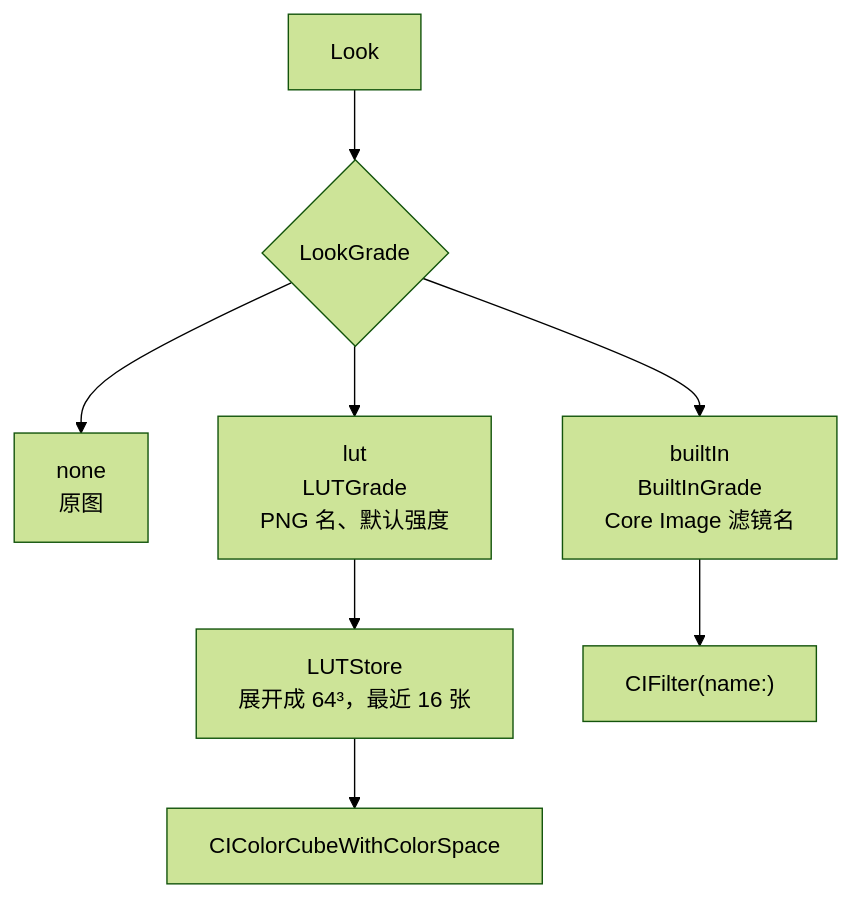
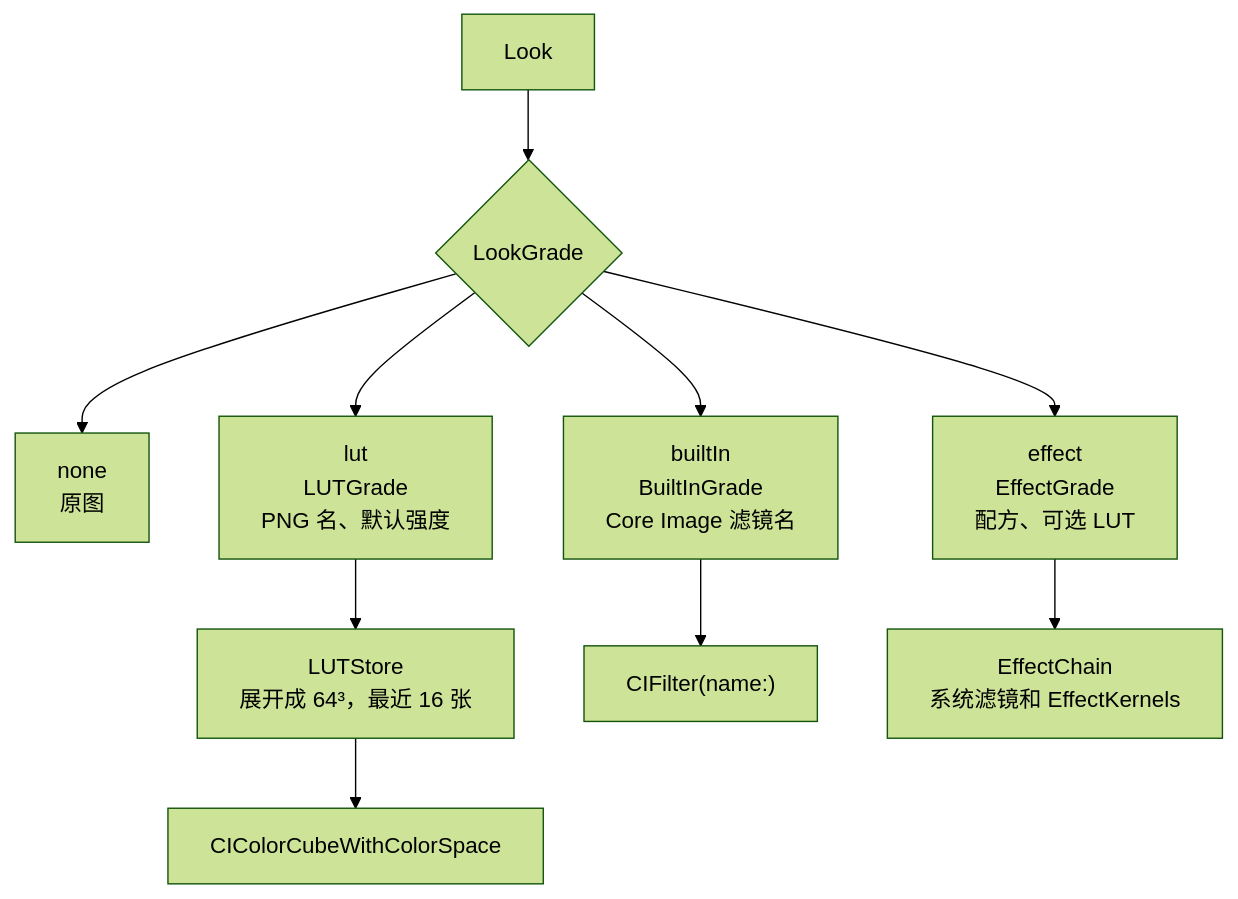
One commit to zhe-ma/angie-filter changed the fourth of 6 diagrams in design/architecture.md. Above: the diagram before and after it, drawn with Mermaid (forest theme). The commit also changed other lines of this file and 17 other files, not shown here.

````diff
--- a/design/architecture.md
+++ b/design/architecture.md
@@ -107,10 +107,12 @@
 ```mermaid
 flowchart TB
   look["Look"] --> grade{"LookGrade"}
   grade --> n["none<br/>原图"]
   grade --> l["lut<br/>LUTGrade<br/>PNG 名、默认强度"]
   grade --> b["builtIn<br/>BuiltInGrade<br/>Core Image 滤镜名"]
   l --> store["LUTStore<br/>展开成 64³，最近 16 张"]
   store --> cube["CIColorCubeWithColorSpace"]
   b --> ci["CIFilter(name:)"]
+  grade --> e["effect<br/>EffectGrade<br/>配方、可选 LUT"]
+  e --> chain["EffectChain<br/>系统滤镜和 EffectKernels"]
 ```
````
